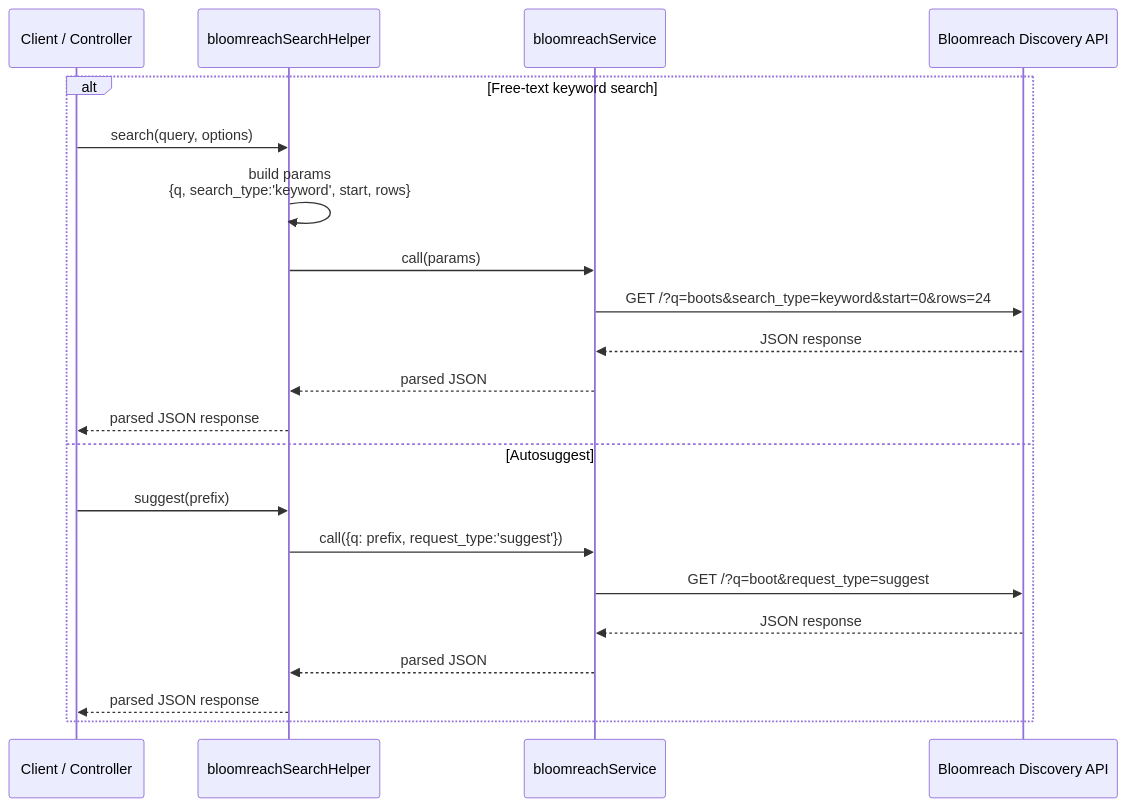
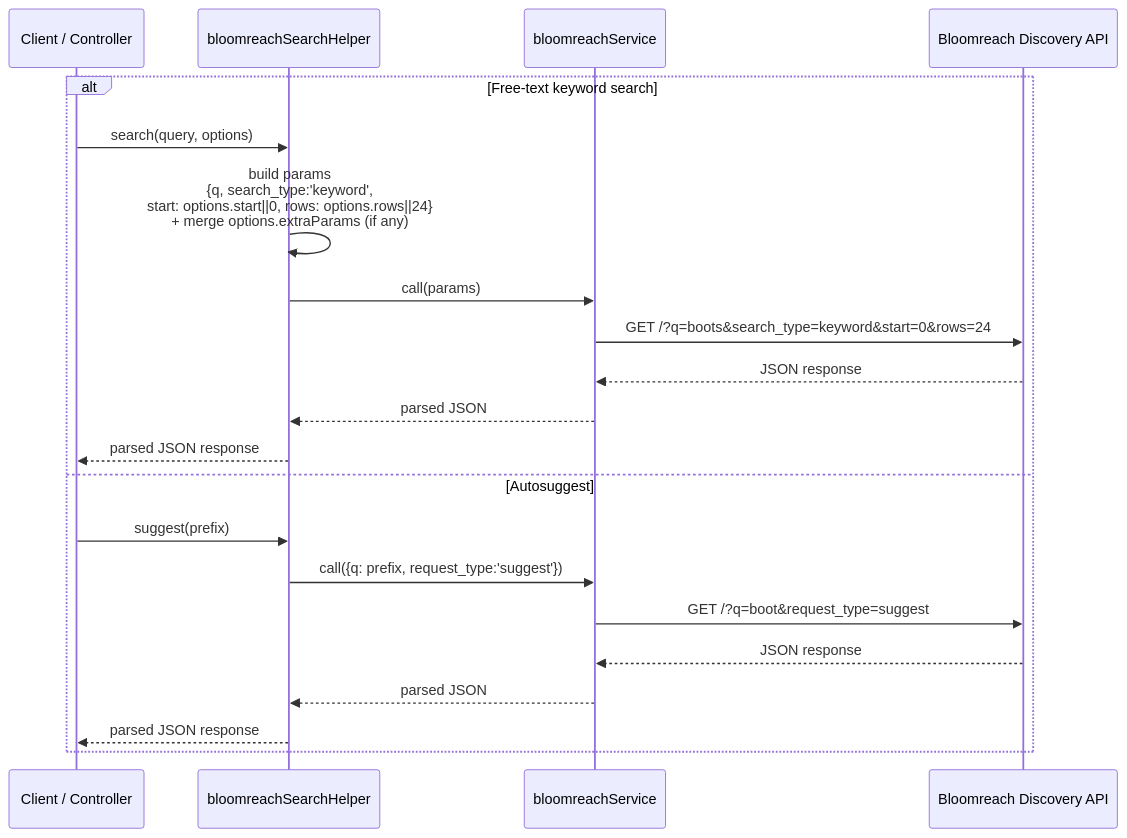
Before and after one commit to Pushparajan/bloomreach-sfra: the second of 14 diagrams in docs/sequence-diagrams.md, drawn with Mermaid. The commit also changed other lines of this file, not shown here.

````diff
--- a/docs/sequence-diagrams.md
+++ b/docs/sequence-diagrams.md
@@ -55,24 +55,24 @@
 ```mermaid
 sequenceDiagram
     participant Client as Client / Controller
     participant bloomreachSearchHelper as bloomreachSearchHelper
     participant bloomreachService as bloomreachService
     participant BloomreachAPI as Bloomreach Discovery API
 
     alt Free-text keyword search
         Client->>bloomreachSearchHelper: search(query, options)
-        bloomreachSearchHelper->>bloomreachSearchHelper: build params<br/>{q, search_type:'keyword', start, rows}
+        bloomreachSearchHelper->>bloomreachSearchHelper: build params<br/>{q, search_type:'keyword',<br/>start: options.start||0, rows: options.rows||24}<br/>+ merge options.extraParams (if any)
         bloomreachSearchHelper->>bloomreachService: call(params)
         bloomreachService->>BloomreachAPI: GET /?q=boots&search_type=keyword&start=0&rows=24
         BloomreachAPI-->>bloomreachService: JSON response
         bloomreachService-->>bloomreachSearchHelper: parsed JSON
         bloomreachSearchHelper-->>Client: parsed JSON response
     else Autosuggest
         Client->>bloomreachSearchHelper: suggest(prefix)
         bloomreachSearchHelper->>bloomreachService: call({q: prefix, request_type:'suggest'})
         bloomreachService->>BloomreachAPI: GET /?q=boot&request_type=suggest
         BloomreachAPI-->>bloomreachService: JSON response
         bloomreachService-->>bloomreachSearchHelper: parsed JSON
         bloomreachSearchHelper-->>Client: parsed JSON response
     end
 ```
````
